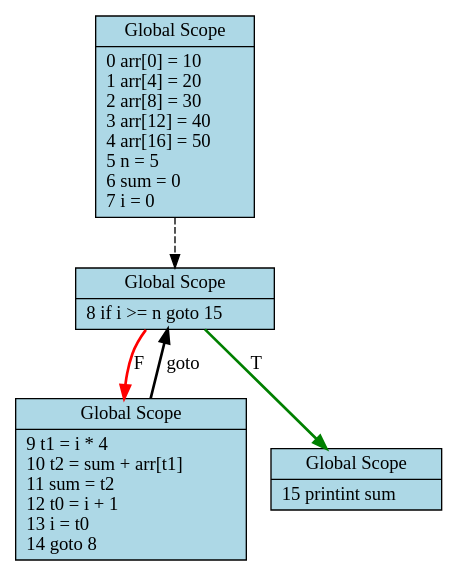
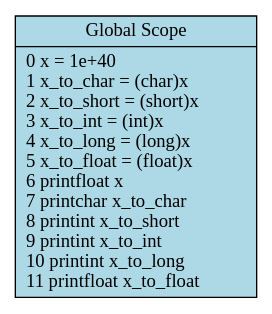
One commit to satish-pati/3_Compilers_LabProject changed the diagram in Compiler/tac_flow_blocks.dot. Above: the diagram before and after it, drawn with Graphviz. The commit also changed 263 other files, not shown here.

```diff
--- a/Compiler/tac_flow_blocks.dot
+++ b/Compiler/tac_flow_blocks.dot
@@ -1,15 +1,8 @@
 digraph TAC_Blocks {
   node [shape=record, style=filled, fillcolor=lightblue];
   rankdir=TB;
 
-  bb3 [label="{<b>Global Scope|15 printint sum\l}"];
-  bb2 [label="{<b>Global Scope|9 t1 = i * 4\l10 t2 = sum + arr[t1]\l11 sum = t2\l12 t0 = i + 1\l13 i = t0\l14 goto 8\l}"];
-  bb1 [label="{<b>Global Scope|8 if i \>= n goto 15\l}"];
-  bb0 [label="{<b>Global Scope|0 arr[0] = 10\l1 arr[4] = 20\l2 arr[8] = 30\l3 arr[12] = 40\l4 arr[16] = 50\l5 n = 5\l6 sum = 0\l7 i = 0\l}"];
+  bb0 [label="{<b>Global Scope|0 x = 1e+40\l1 x_to_char = (char)x\l2 x_to_short = (short)x\l3 x_to_int = (int)x\l4 x_to_long = (long)x\l5 x_to_float = (float)x\l6 printfloat x\l7 printchar x_to_char\l8 printint x_to_short\l9 printint x_to_int\l10 printint x_to_long\l11 printfloat x_to_float\l}"];
 
   // Control flow edges
-  bb0 -> bb1 [style=dashed, color=black];
-  bb1 -> bb3 [label="T", color=green, penwidth=2];
-  bb1 -> bb2 [label="F", color=red, penwidth=2];
-  bb2 -> bb1 [label="goto", penwidth=2];
 }
```
